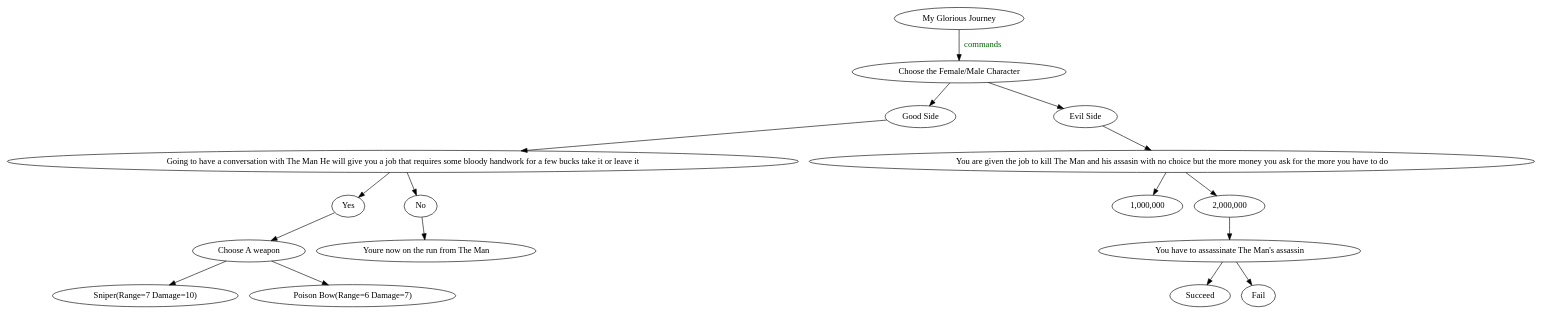
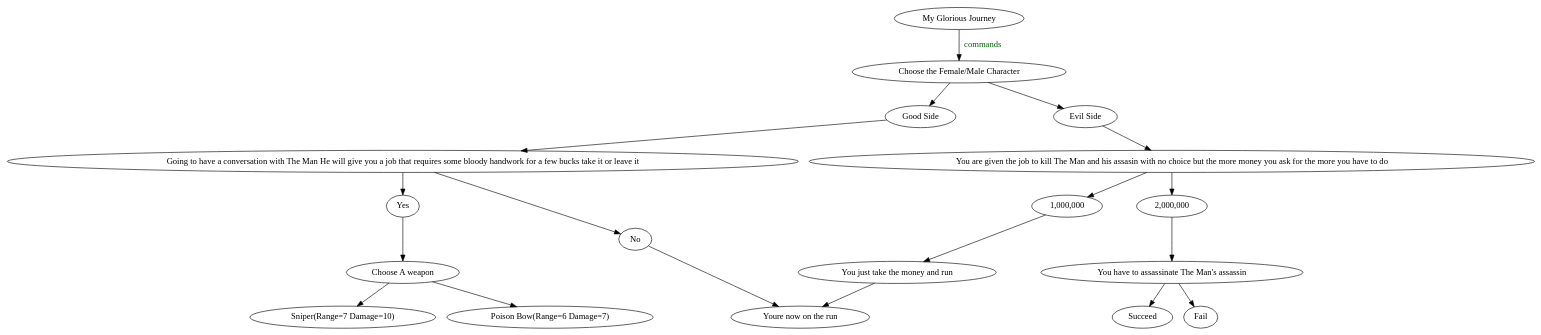
The diagram in NashGame.dot (TexasTiger32/Nash_3_journals), drawn with Graphviz before and after one commit. The commit also changed 1 other file, not shown here.

```diff
--- a/NashGame.dot
+++ b/NashGame.dot
@@ -1,41 +1,43 @@
 Digraph smiple_map {
 
 A[label="My Glorious Journey"]           // node B
 B[label="Choose the Female/Male Character"]         // node E
 C[label="Good Side"]
 D[label="Evil Side"]
 E[label="Going to have a conversation with The Man He will give you a job that requires some bloody handwork for a few bucks take it or leave it"]
 F[label="You are given the job to kill The Man and his assasin with no choice but the more money you ask for the more you have to do"]
 G[label="Yes"]
 I[label="No"]
 H[label="1,000,000"]
 J[label="2,000,000"]
 T[label="Choose A weapon"]
-Y[label="Youre now on the run from The Man"]
+Y[label="Youre now on the run "]
 O[label="You have to assassinate The Man's assassin"]
 P[label="Succeed"]
 R[label="Fail"]
 Q[label="Sniper(Range=7 Damage=10)"]
 W[label="Poison Bow(Range=6 Damage=7)"]
+M[label="You just take the money and run"]
 
 
 
 
 A->B [label="commands", fontcolor=darkgreen ]
 B -> C
 B -> D
 C -> E
 D -> F
 E -> G
 E -> I
 F -> H
 F-> J
 G -> T
 I -> Y
 J -> O
 O -> P
 O -> R
 T -> Q
 T -> W
-
+M -> Y
+H -> M
 }
```
